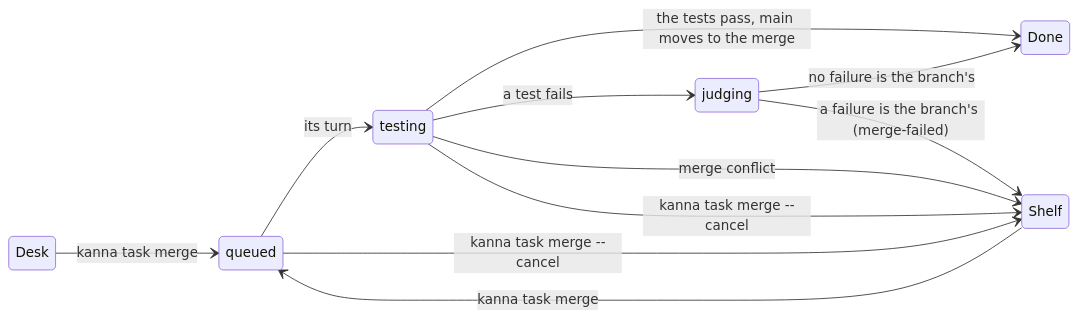
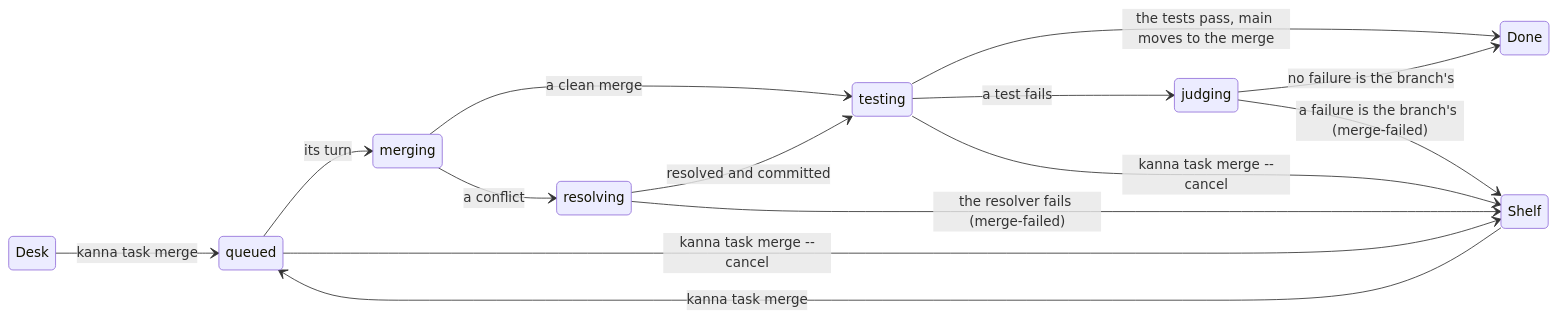
One commit to tampopogk/kanna changed the first of 5 diagrams in docs/specs/merge-queue.md. Above: the diagram before and after it, drawn with Mermaid. The commit also changed other lines of this file and 20 other files, not shown here.

First line of the commit message:
Merge queue: a conflict with main is the pipeline's to handle

````diff
--- a/docs/specs/merge-queue.md
+++ b/docs/specs/merge-queue.md
@@ -31,14 +31,17 @@
 ```mermaid
 stateDiagram-v2
     direction LR
     Desk --> queued: kanna task merge
     Shelf --> queued: kanna task merge
-    queued --> testing: its turn
+    queued --> merging: its turn
+    merging --> testing: a clean merge
+    merging --> resolving: a conflict
+    resolving --> testing: resolved and committed
+    resolving --> Shelf: the resolver fails (merge-failed)
     testing --> Done: the tests pass, main moves to the merge
     testing --> judging: a test fails
     judging --> Done: no failure is the branch's
     judging --> Shelf: a failure is the branch's (merge-failed)
-    testing --> Shelf: merge conflict
     queued --> Shelf: kanna task merge --cancel
     testing --> Shelf: kanna task merge --cancel
 ```
````
